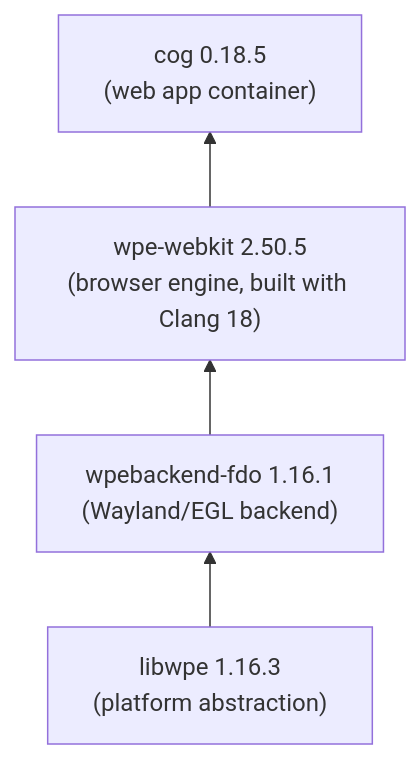
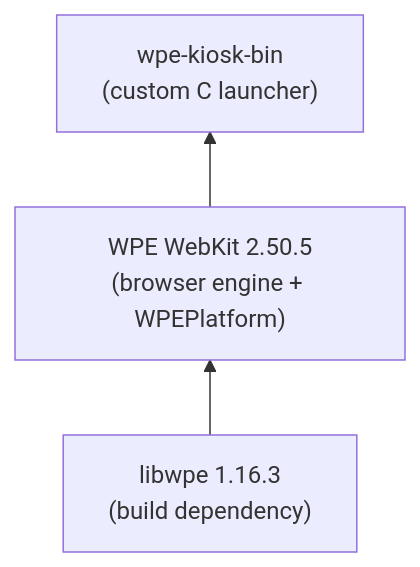
One commit to tomasz-mizak/wpe-webkit-kiosk changed the second of 2 diagrams in README.md. Above: the diagram before and after it, drawn with Mermaid. The commit also changed other lines of this file, not shown here.

First line of the commit message:
docs: rewrite README for Deb/WPEPlatform architecture

````diff
--- a/README.md
+++ b/README.md
@@ -49,9 +34,8 @@
 ```mermaid
 flowchart BT
-    libwpe["libwpe 1.16.3\n(platform abstraction)"]
-    fdo["wpebackend-fdo 1.16.1\n(Wayland/EGL backend)"]
-    webkit["wpe-webkit 2.50.5\n(browser engine, built with Clang 18)"]
-    cog["cog 0.18.5\n(web app container)"]
+    libwpe["libwpe 1.16.3\n(build dependency)"]
+    webkit["WPE WebKit 2.50.5\n(browser engine + WPEPlatform)"]
+    launcher["wpe-kiosk-bin\n(custom C launcher)"]
 
-    libwpe --> fdo --> webkit --> cog
+    libwpe --> webkit --> launcher
 ```
````
